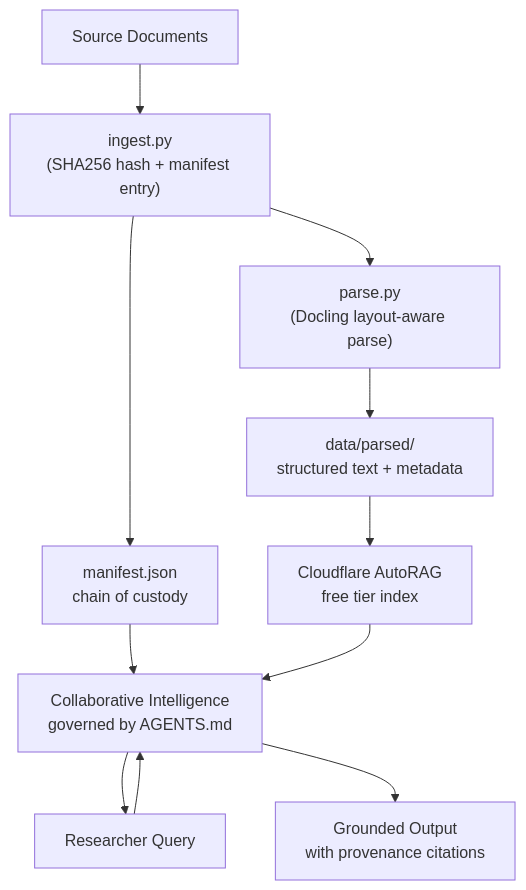
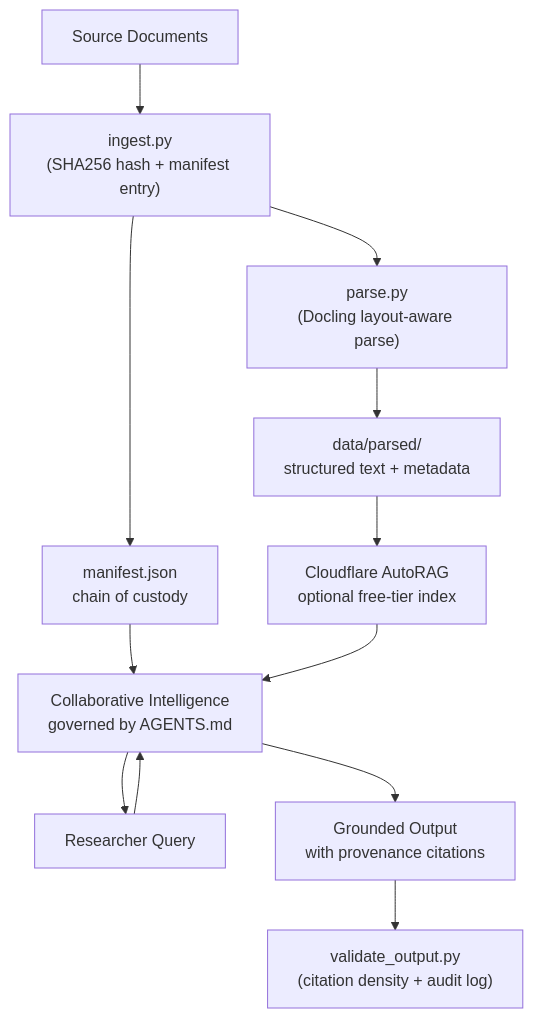
Before and after one commit to illinoismpart/vibe_research: the diagram in README.md, drawn with Mermaid. The commit also changed other lines of this file and 10 other files, not shown here.

````diff
--- a/README.md
+++ b/README.md
@@ -28,13 +116,14 @@
 ```mermaid
 flowchart TD
     A[Source Documents] --> B["ingest.py\n(SHA256 hash + manifest entry)"]
     B --> C[manifest.json\nchain of custody]
     B --> D["parse.py\n(Docling layout-aware parse)"]
     D --> E[data/parsed/\nstructured text + metadata]
-    E --> F[Cloudflare AutoRAG\nfree tier index]
+    E --> F[Cloudflare AutoRAG\noptional free-tier index]
     C --> G[Collaborative Intelligence\ngoverned by AGENTS.md]
     F --> G
     G --> H[Researcher Query]
     H --> G
     G --> I[Grounded Output\nwith provenance citations]
+    I --> J["validate_output.py\n(citation density + audit log)"]
 ```
````
